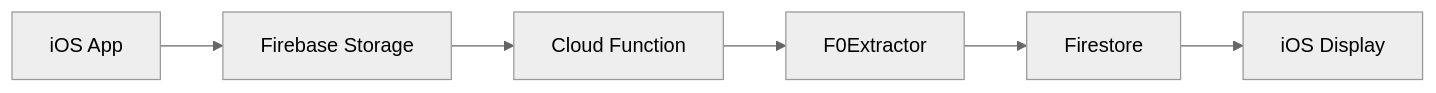
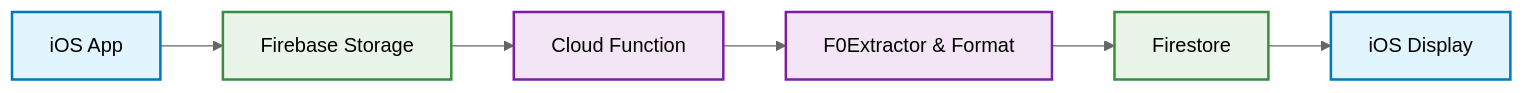
Before and after one commit to PoisonIvory/sage: the first of 4 diagrams in ARCHITECTURE.md, drawn with Mermaid (neutral theme). The commit also changed other lines of this file, not shown here.

Commit message:
docs: improve architecture diagram with modular design, color coding, and focused sections

````diff
--- a/ARCHITECTURE.md
+++ b/ARCHITECTURE.md
@@ -8,8 +8,16 @@
 ```mermaid
 flowchart LR
     A[iOS App] --> B[Firebase Storage]
     B --> C[Cloud Function]
-    C --> D[F0Extractor]
+    C --> D[F0Extractor & Format]
     D --> E[Firestore]
     E --> F[iOS Display]
+    
+    classDef ios fill:#e1f5fe,stroke:#0277bd,stroke-width:2px
+    classDef cloud fill:#f3e5f5,stroke:#7b1fa2,stroke-width:2px
+    classDef storage fill:#e8f5e8,stroke:#388e3c,stroke-width:2px
+    
+    class A,F ios
+    class C,D cloud
+    class B,E storage
 ```
````
